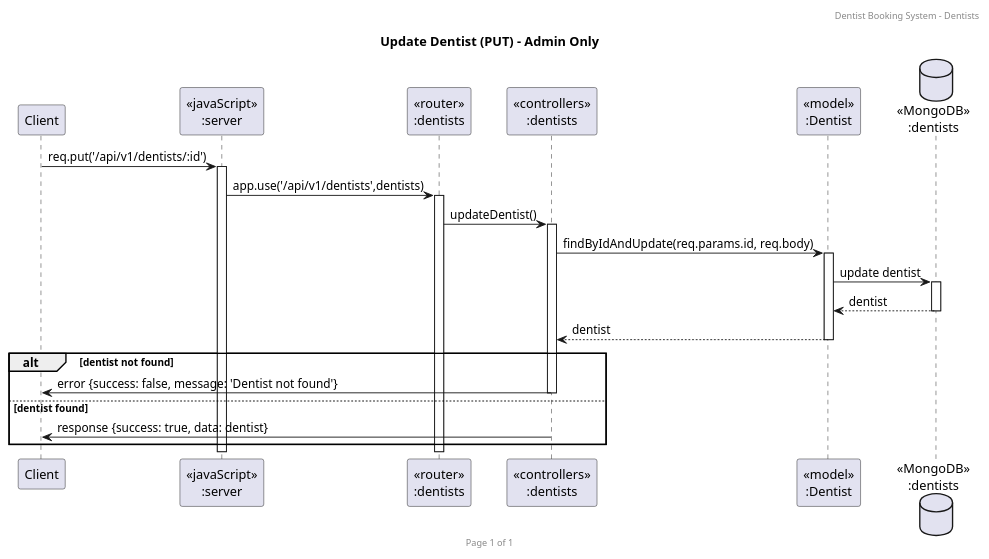
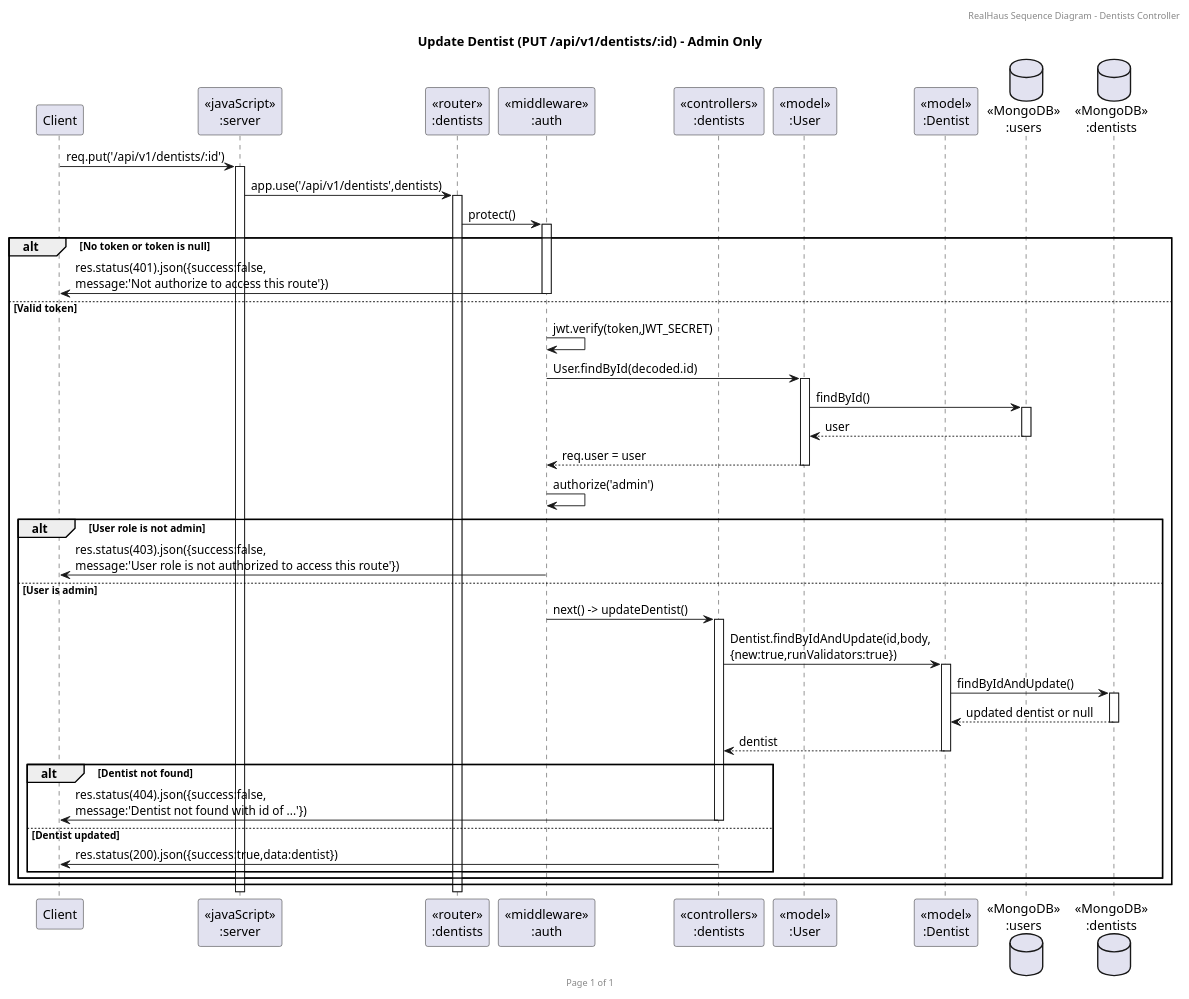
Before and after one commit to 2110503-CEDT68/se-project-be-68-2-haus89: the diagram in sequence-diagram/dentists/updateDentist.puml, drawn with PlantUML. The commit also changed 31 other files, not shown here.

Commit message:
fix: update User scheme, controllers, routes and sequence-diagram

```diff
--- a/sequence-diagram/dentists/updateDentist.puml
+++ b/sequence-diagram/dentists/updateDentist.puml
@@ -1,28 +1,49 @@
 @startuml Update Dentist (PUT)
 
-header Dentist Booking System - Dentists
+header RealHaus Sequence Diagram - Dentists Controller
 footer Page %page% of %lastpage%
-title "Update Dentist (PUT) - Admin Only"
+title "Update Dentist (PUT /api/v1/dentists/:id) - Admin Only"
 
 participant "Client" as client
 participant "<<javaScript>>\n:server" as server
 participant "<<router>>\n:dentists" as routerDentists
+participant "<<middleware>>\n:auth" as middlewareAuth
 participant "<<controllers>>\n:dentists" as controllersDentists
+participant "<<model>>\n:User" as modelUser
 participant "<<model>>\n:Dentist" as modelDentist
-database "<<MongoDB>>\n:dentists" as DentistsDatabase
+database "<<MongoDB>>\n:users" as UsersDB
+database "<<MongoDB>>\n:dentists" as DentistsDB
 
 client->server ++:req.put('/api/v1/dentists/:id')
 server->routerDentists ++:app.use('/api/v1/dentists',dentists)
-routerDentists -> controllersDentists ++:updateDentist()
-controllersDentists->modelDentist ++:findByIdAndUpdate(req.params.id, req.body)
-modelDentist ->DentistsDatabase ++: update dentist
-DentistsDatabase --> modelDentist --: dentist
-controllersDentists <-- modelDentist --:dentist
+routerDentists -> middlewareAuth ++:protect()
 
-alt dentist not found
-    controllersDentists->client --:error {success: false, message: 'Dentist not found'}
-else dentist found
-    controllersDentists->client --:response {success: true, data: dentist}
+alt No token or token is null
+    middlewareAuth->client --:res.status(401).json({success:false,\nmessage:'Not authorize to access this route'})
+else Valid token
+    middlewareAuth->middlewareAuth :jwt.verify(token,JWT_SECRET)
+    middlewareAuth->modelUser ++:User.findById(decoded.id)
+    modelUser->UsersDB ++: findById()
+    UsersDB-->modelUser --: user
+    middlewareAuth<--modelUser --:req.user = user
+    middlewareAuth -> middlewareAuth :authorize('admin')
+
+    alt User role is not admin
+        middlewareAuth->client --:res.status(403).json({success:false,\nmessage:'User role is not authorized to access this route'})
+    else User is admin
+        middlewareAuth -> controllersDentists ++:next() -> updateDentist()
+
+        controllersDentists->modelDentist ++:Dentist.findByIdAndUpdate(id,body,\n{new:true,runValidators:true})
+        modelDentist->DentistsDB ++: findByIdAndUpdate()
+        DentistsDB-->modelDentist --: updated dentist or null
+        controllersDentists<--modelDentist --:dentist
+
+        alt Dentist not found
+            controllersDentists->client --:res.status(404).json({success:false,\nmessage:'Dentist not found with id of ...'})
+        else Dentist updated
+            controllersDentists->client --:res.status(200).json({success:true,data:dentist})
+        end
+    end
 end
 
 @enduml
```
